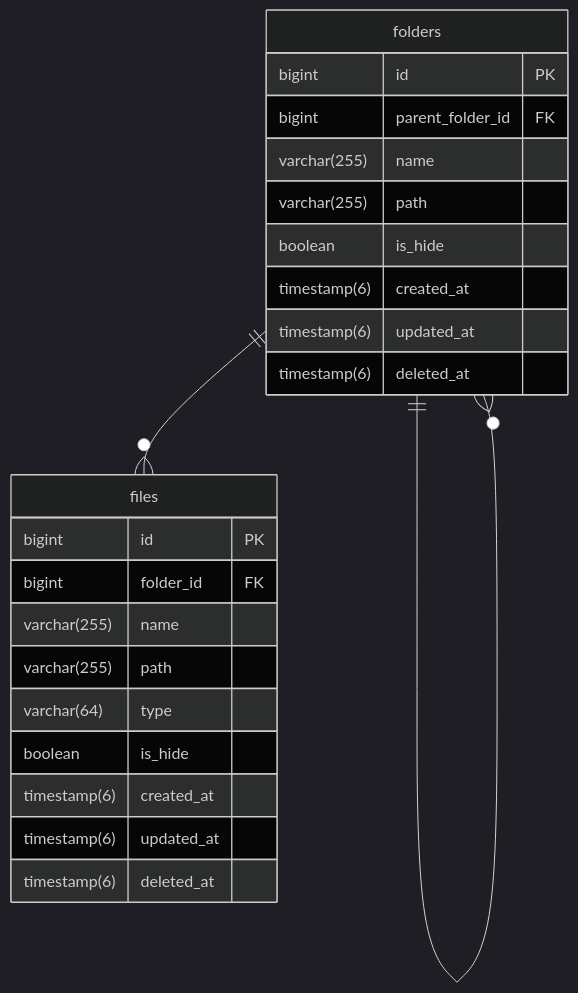
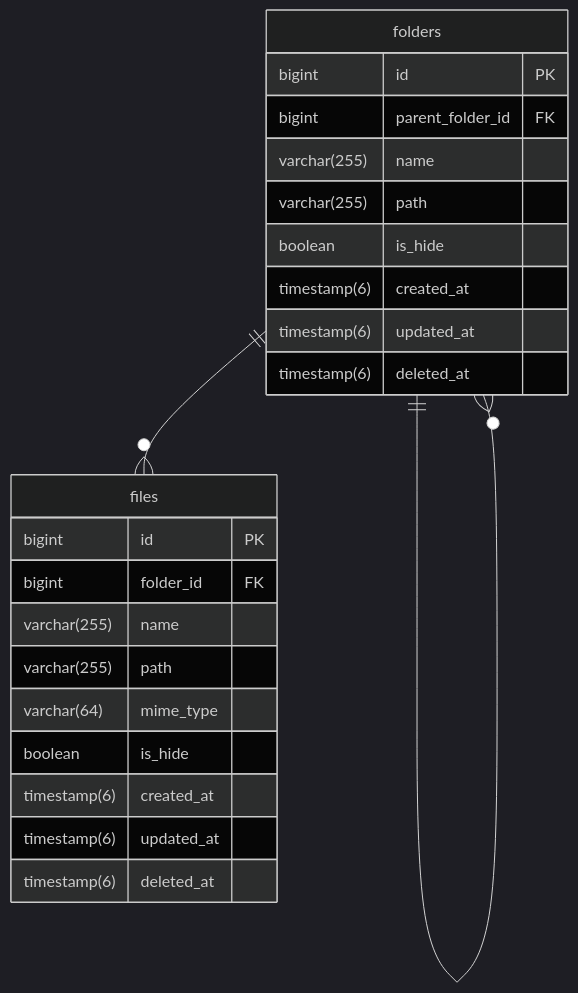
One commit to atsumarukun/file-server changed the diagram in docs/er-diagram.md. Above: the diagram before and after it, drawn with Mermaid (dark theme). The commit also changed other lines of this file and 2 other files, not shown here.

Commit message:
update: filesテーブルのtypeをmime_typeに変更

````diff
--- a/docs/er-diagram.md
+++ b/docs/er-diagram.md
@@ -3,29 +3,29 @@
 ```mermaid
 erDiagram
 
 folders {
     bigint id PK
     bigint parent_folder_id FK
     varchar(255) name
     varchar(255) path
     boolean is_hide
     timestamp(6) created_at
     timestamp(6) updated_at
     timestamp(6) deleted_at
 }
 
 files {
     bigint id PK
     bigint folder_id FK
     varchar(255) name
     varchar(255) path
-    varchar(64) type
+    varchar(64) mime_type
     boolean is_hide
     timestamp(6) created_at
     timestamp(6) updated_at
     timestamp(6) deleted_at
 }
 
 folders ||--o{ folders: ""
 folders ||--o{ files: ""
 ```
````
